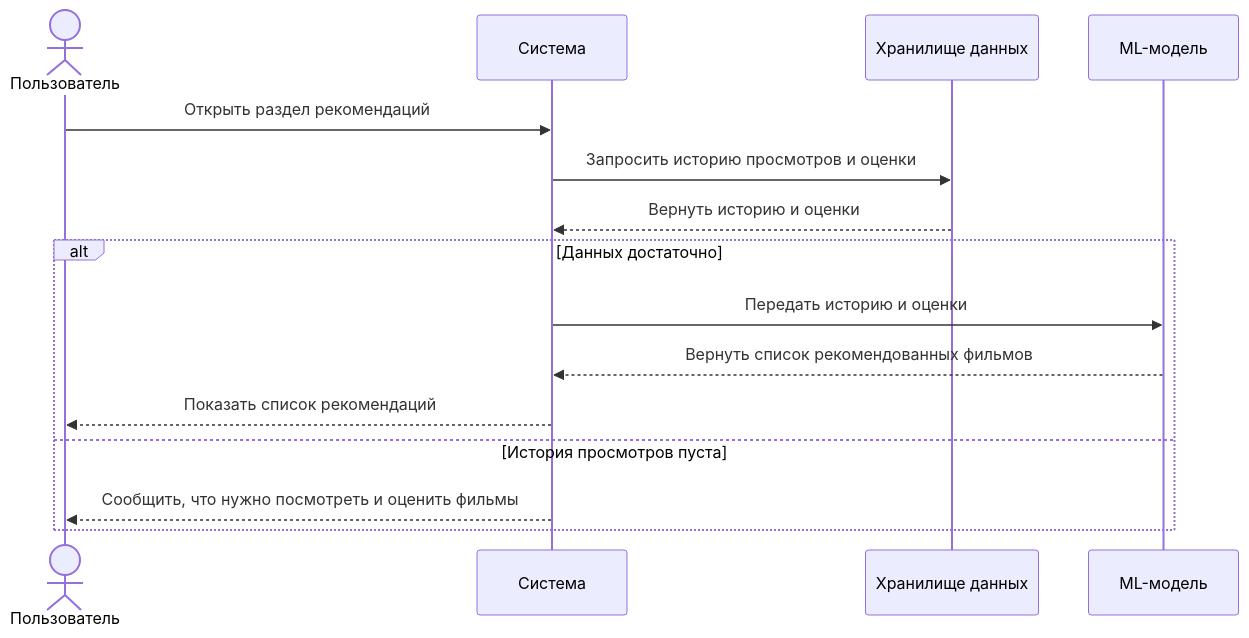
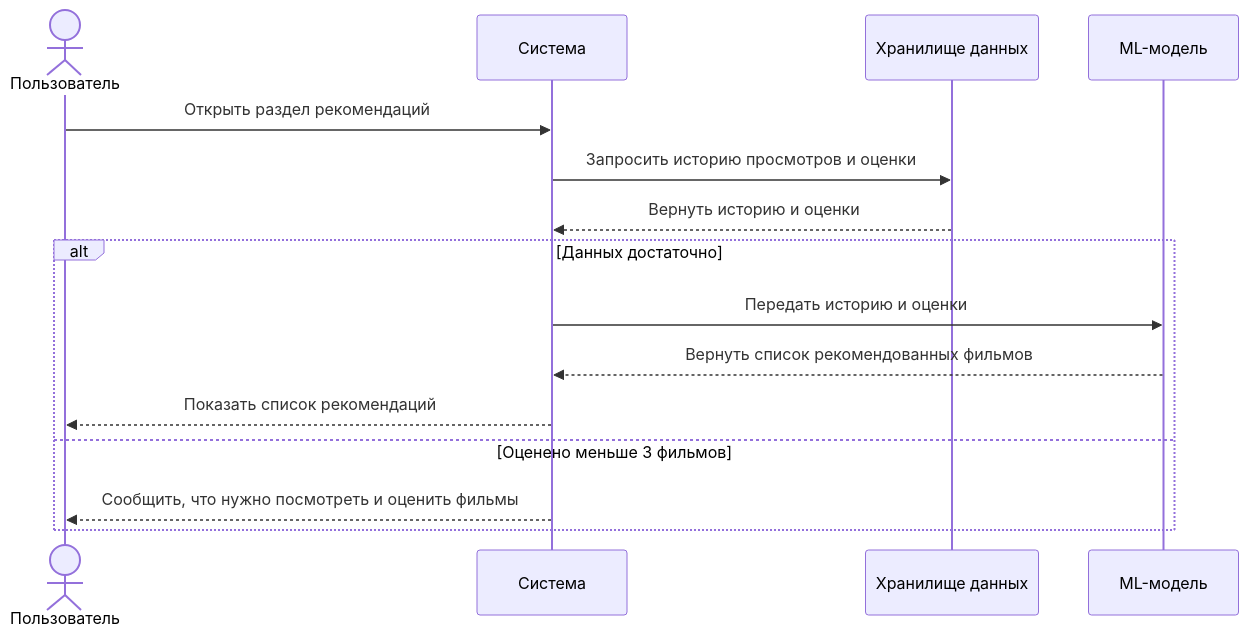
The first of 2 diagrams in docs/project/diagrams.md (latupus2/docs-as-code), drawn with Mermaid before and after one commit. The commit also changed 3 other files, not shown here.

````diff
--- a/docs/project/diagrams.md
+++ b/docs/project/diagrams.md
@@ -7,19 +7,19 @@
 ```mermaid
 sequenceDiagram
     actor User as Пользователь
     participant System as Система
     participant DB as Хранилище данных
     participant Model as ML-модель
 
     User->>System: Открыть раздел рекомендаций
     System->>DB: Запросить историю просмотров и оценки
     DB-->>System: Вернуть историю и оценки
 
     alt Данных достаточно
         System->>Model: Передать историю и оценки
         Model-->>System: Вернуть список рекомендованных фильмов
         System-->>User: Показать список рекомендаций
-    else История просмотров пуста
+    else Оценено меньше 3 фильмов
         System-->>User: Сообщить, что нужно посмотреть и оценить фильмы
     end
 ```
````
